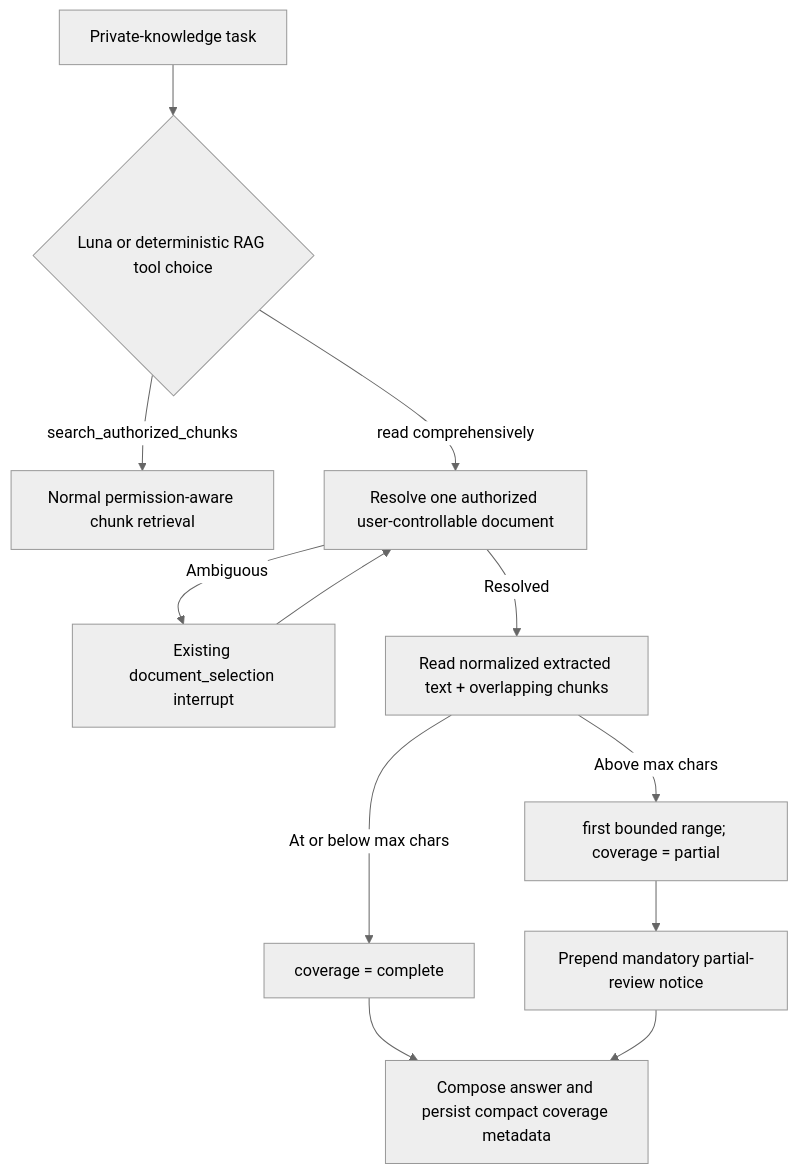
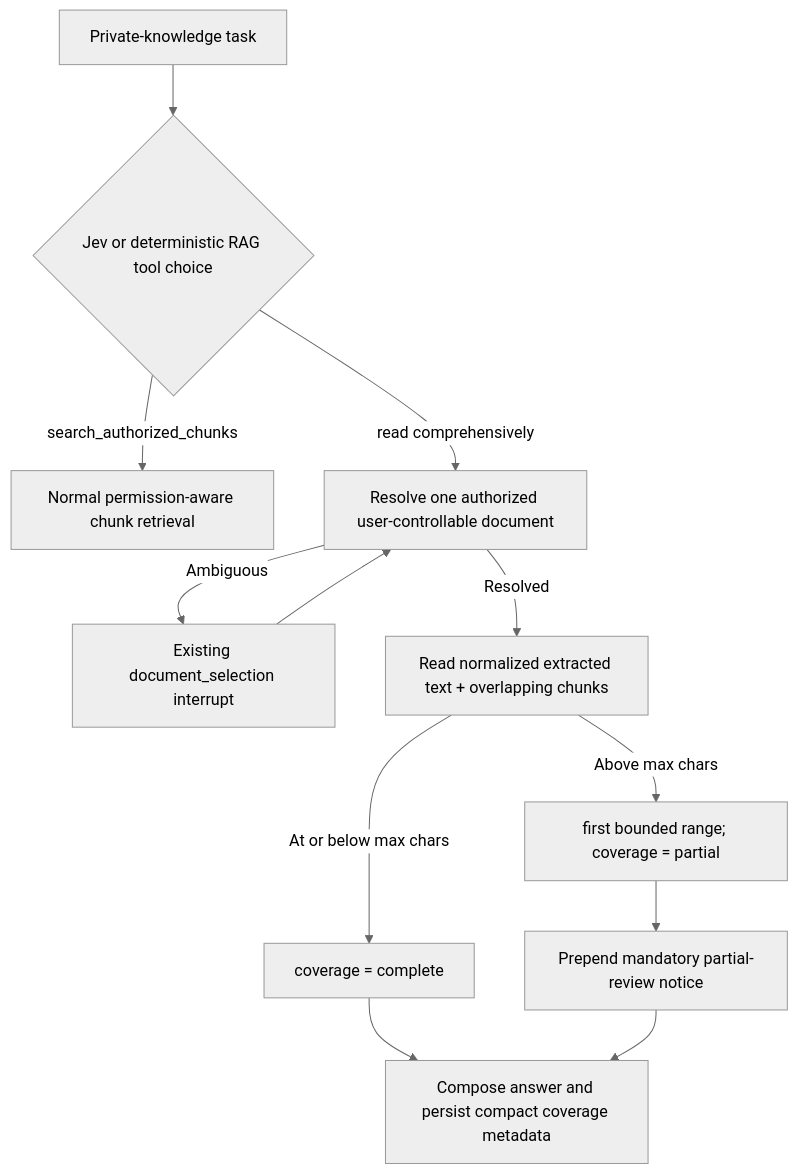
One commit to heecheon92/my-agents changed the third of 4 diagrams in docs/product-chat-service/en/06-permission-aware-rag.md. Above: the diagram before and after it, drawn with Mermaid (neutral theme). The commit also changed other lines of this file and 29 other files, not shown here.

````diff
--- a/docs/product-chat-service/en/06-permission-aware-rag.md
+++ b/docs/product-chat-service/en/06-permission-aware-rag.md
@@ -140,14 +140,14 @@
 ```mermaid
 flowchart TD
-    Intent["Private-knowledge task"] --> Planner{"Luna or deterministic RAG tool choice"}
+    Intent["Private-knowledge task"] --> Planner{"Jev or deterministic RAG tool choice"}
     Planner -->|search_authorized_chunks| Ranked["Normal permission-aware chunk retrieval"]
     Planner -->|read comprehensively| Resolve["Resolve one authorized user-controllable document"]
     Resolve -->|Ambiguous| HITL["Existing document_selection interrupt"]
     HITL --> Resolve
     Resolve -->|Resolved| Read["Read normalized extracted text + overlapping chunks"]
     Read -->|At or below max chars| Complete["coverage = complete"]
     Read -->|Above max chars| Partial["first bounded range; coverage = partial"]
     Complete --> Answer["Compose answer and persist compact coverage metadata"]
     Partial --> Notice["Prepend mandatory partial-review notice"]
     Notice --> Answer
 ```
````
